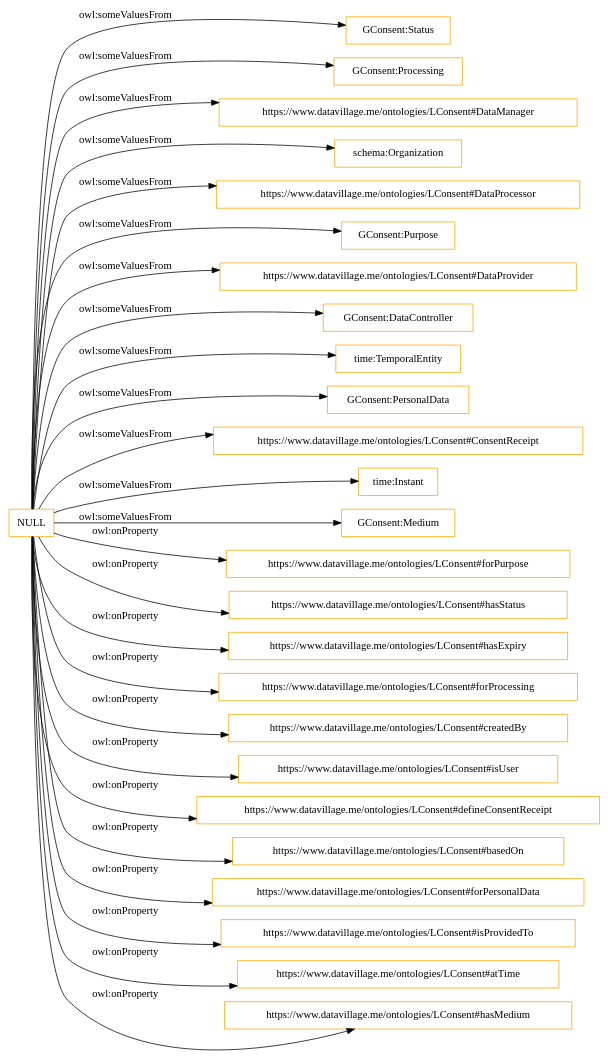
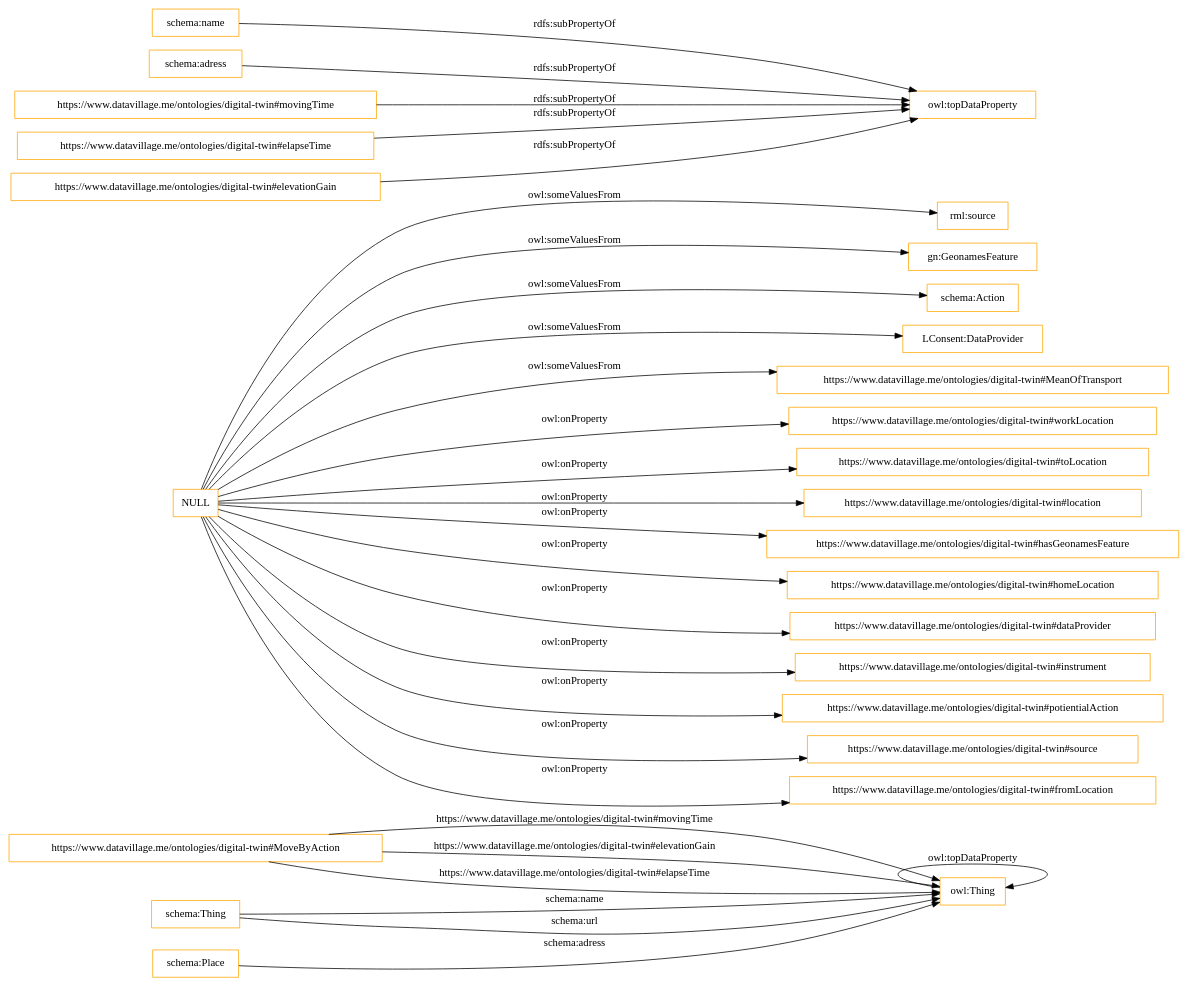
Before and after one commit to datavillage-me/ontologies: the diagram in OnToology/LConsent/ontology.owl/diagrams/ar2dtool-class/ontology.owl.png.dot, drawn with Graphviz. The commit also changed 27 other files, not shown here.

```diff
--- a/OnToology/LConsent/ontology.owl/diagrams/ar2dtool-class/ontology.owl.png.dot
+++ b/OnToology/LConsent/ontology.owl/diagrams/ar2dtool-class/ontology.owl.png.dot
@@ -1,31 +1,33 @@
 digraph ar2dtool_diagram { 
 rankdir=LR;
 size="1501"
-node [shape = rectangle, color="orange"]; "GConsent:Status" "GConsent:Processing" "https://www.datavillage.me/ontologies/LConsent#DataManager" "schema:Organization" "https://www.datavillage.me/ontologies/LConsent#DataProcessor" "GConsent:Purpose" "https://www.datavillage.me/ontologies/LConsent#DataProvider" "GConsent:DataController" "time:TemporalEntity" "GConsent:PersonalData" "https://www.datavillage.me/ontologies/LConsent#ConsentReceipt" "time:Instant" "GConsent:Medium" ; /*classes style*/
-	"NULL" -> "GConsent:DataController" [ label = "owl:someValuesFrom" ];
-	"NULL" -> "https://www.datavillage.me/ontologies/LConsent#forPurpose" [ label = "owl:onProperty" ];
-	"NULL" -> "GConsent:Status" [ label = "owl:someValuesFrom" ];
-	"NULL" -> "https://www.datavillage.me/ontologies/LConsent#hasStatus" [ label = "owl:onProperty" ];
-	"NULL" -> "https://www.datavillage.me/ontologies/LConsent#DataManager" [ label = "owl:someValuesFrom" ];
-	"NULL" -> "https://www.datavillage.me/ontologies/LConsent#hasExpiry" [ label = "owl:onProperty" ];
-	"NULL" -> "https://www.datavillage.me/ontologies/LConsent#forProcessing" [ label = "owl:onProperty" ];
-	"NULL" -> "https://www.datavillage.me/ontologies/LConsent#DataProcessor" [ label = "owl:someValuesFrom" ];
-	"NULL" -> "https://www.datavillage.me/ontologies/LConsent#createdBy" [ label = "owl:onProperty" ];
-	"NULL" -> "time:Instant" [ label = "owl:someValuesFrom" ];
-	"NULL" -> "https://www.datavillage.me/ontologies/LConsent#isUser" [ label = "owl:onProperty" ];
-	"NULL" -> "https://www.datavillage.me/ontologies/LConsent#ConsentReceipt" [ label = "owl:someValuesFrom" ];
-	"NULL" -> "https://www.datavillage.me/ontologies/LConsent#defineConsentReceipt" [ label = "owl:onProperty" ];
-	"NULL" -> "schema:Organization" [ label = "owl:someValuesFrom" ];
-	"NULL" -> "https://www.datavillage.me/ontologies/LConsent#basedOn" [ label = "owl:onProperty" ];
-	"NULL" -> "https://www.datavillage.me/ontologies/LConsent#forPersonalData" [ label = "owl:onProperty" ];
-	"NULL" -> "GConsent:Medium" [ label = "owl:someValuesFrom" ];
-	"NULL" -> "https://www.datavillage.me/ontologies/LConsent#isProvidedTo" [ label = "owl:onProperty" ];
-	"NULL" -> "GConsent:PersonalData" [ label = "owl:someValuesFrom" ];
-	"NULL" -> "time:TemporalEntity" [ label = "owl:someValuesFrom" ];
-	"NULL" -> "GConsent:Processing" [ label = "owl:someValuesFrom" ];
-	"NULL" -> "https://www.datavillage.me/ontologies/LConsent#DataProvider" [ label = "owl:someValuesFrom" ];
-	"NULL" -> "https://www.datavillage.me/ontologies/LConsent#atTime" [ label = "owl:onProperty" ];
-	"NULL" -> "https://www.datavillage.me/ontologies/LConsent#hasMedium" [ label = "owl:onProperty" ];
-	"NULL" -> "GConsent:Purpose" [ label = "owl:someValuesFrom" ];
+node [shape = rectangle, color="orange"]; "https://www.datavillage.me/ontologies/digital-twin#MoveByAction" "rml:source" "gn:GeonamesFeature" "schema:Action" "LConsent:DataProvider" "schema:Thing" "https://www.datavillage.me/ontologies/digital-twin#MeanOfTransport" "schema:Place" ; /*classes style*/
+	"schema:name" -> "owl:topDataProperty" [ label = "rdfs:subPropertyOf" ];
+	"schema:adress" -> "owl:topDataProperty" [ label = "rdfs:subPropertyOf" ];
+	"https://www.datavillage.me/ontologies/digital-twin#movingTime" -> "owl:topDataProperty" [ label = "rdfs:subPropertyOf" ];
+	"https://www.datavillage.me/ontologies/digital-twin#elapseTime" -> "owl:topDataProperty" [ label = "rdfs:subPropertyOf" ];
+	"https://www.datavillage.me/ontologies/digital-twin#elevationGain" -> "owl:topDataProperty" [ label = "rdfs:subPropertyOf" ];
+	"NULL" -> "https://www.datavillage.me/ontologies/digital-twin#workLocation" [ label = "owl:onProperty" ];
+	"NULL" -> "https://www.datavillage.me/ontologies/digital-twin#toLocation" [ label = "owl:onProperty" ];
+	"NULL" -> "https://www.datavillage.me/ontologies/digital-twin#location" [ label = "owl:onProperty" ];
+	"NULL" -> "https://www.datavillage.me/ontologies/digital-twin#hasGeonamesFeature" [ label = "owl:onProperty" ];
+	"NULL" -> "rml:source" [ label = "owl:someValuesFrom" ];
+	"NULL" -> "gn:GeonamesFeature" [ label = "owl:someValuesFrom" ];
+	"NULL" -> "https://www.datavillage.me/ontologies/digital-twin#homeLocation" [ label = "owl:onProperty" ];
+	"NULL" -> "https://www.datavillage.me/ontologies/digital-twin#dataProvider" [ label = "owl:onProperty" ];
+	"NULL" -> "https://www.datavillage.me/ontologies/digital-twin#instrument" [ label = "owl:onProperty" ];
+	"NULL" -> "schema:Action" [ label = "owl:someValuesFrom" ];
+	"NULL" -> "https://www.datavillage.me/ontologies/digital-twin#potientialAction" [ label = "owl:onProperty" ];
+	"NULL" -> "https://www.datavillage.me/ontologies/digital-twin#source" [ label = "owl:onProperty" ];
+	"NULL" -> "LConsent:DataProvider" [ label = "owl:someValuesFrom" ];
+	"NULL" -> "https://www.datavillage.me/ontologies/digital-twin#MeanOfTransport" [ label = "owl:someValuesFrom" ];
+	"NULL" -> "https://www.datavillage.me/ontologies/digital-twin#fromLocation" [ label = "owl:onProperty" ];
+	"https://www.datavillage.me/ontologies/digital-twin#MoveByAction" -> "owl:Thing" [ label = "https://www.datavillage.me/ontologies/digital-twin#movingTime" ];
+	"schema:Thing" -> "owl:Thing" [ label = "schema:name" ];
+	"https://www.datavillage.me/ontologies/digital-twin#MoveByAction" -> "owl:Thing" [ label = "https://www.datavillage.me/ontologies/digital-twin#elevationGain" ];
+	"https://www.datavillage.me/ontologies/digital-twin#MoveByAction" -> "owl:Thing" [ label = "https://www.datavillage.me/ontologies/digital-twin#elapseTime" ];
+	"owl:Thing" -> "owl:Thing" [ label = "owl:topDataProperty" ];
+	"schema:Thing" -> "owl:Thing" [ label = "schema:url" ];
+	"schema:Place" -> "owl:Thing" [ label = "schema:adress" ];
 
 }
```
